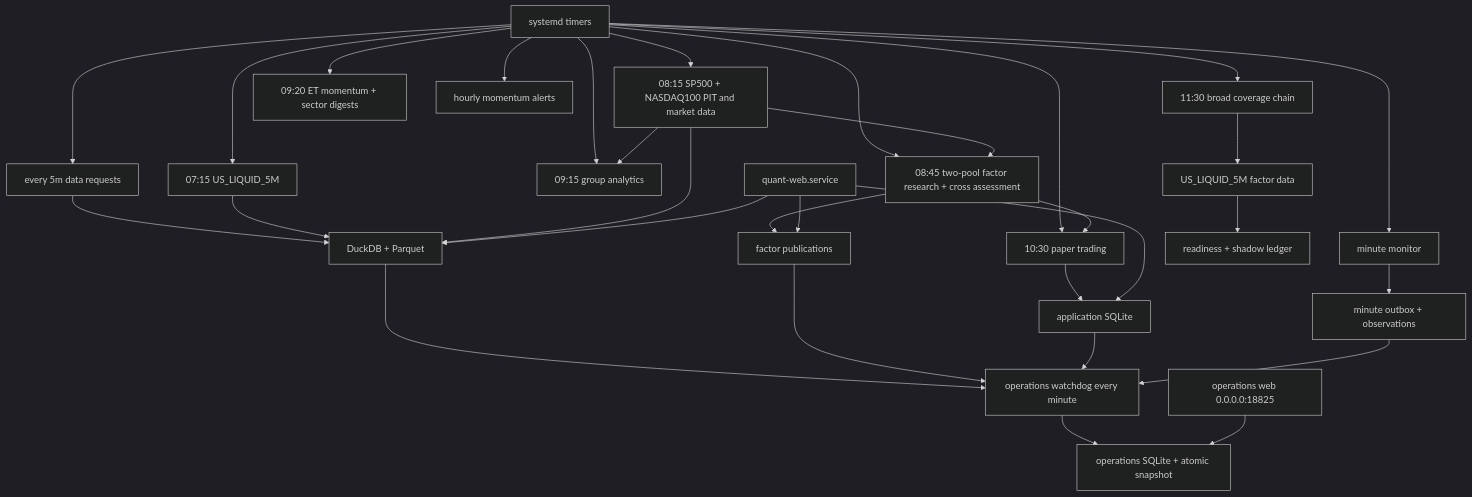
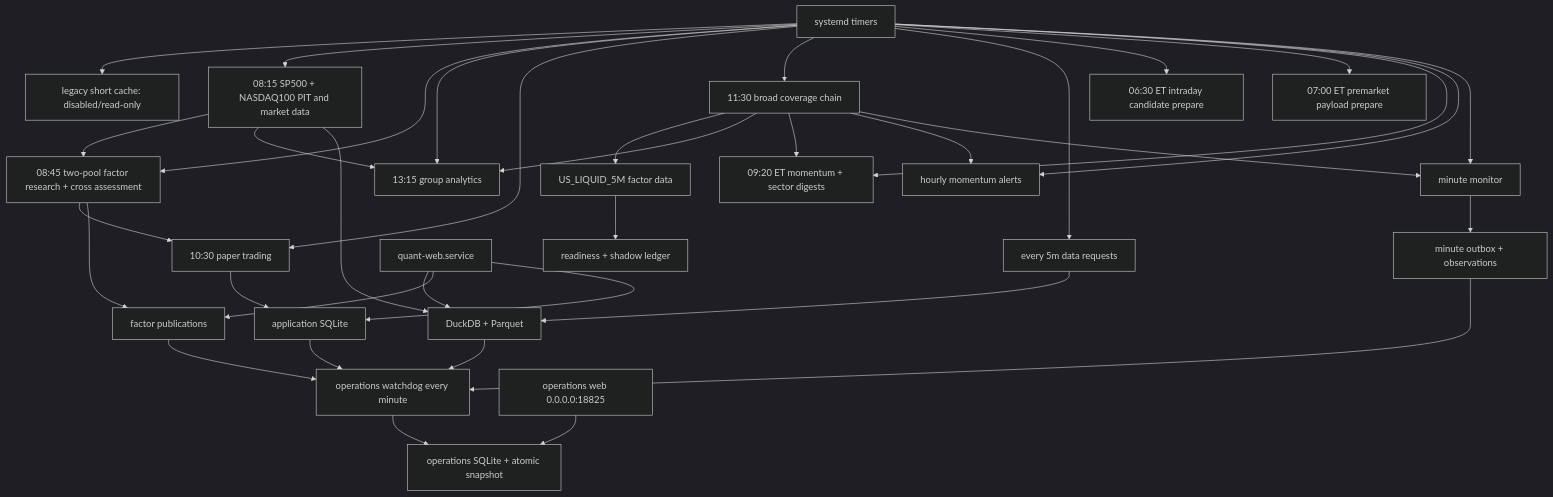
The diagram in docs/sg_operations_overview.md (Clno1/quant-factor-framework), drawn with Mermaid (dark theme) before and after one commit. The commit also changed other lines of this file and 65 other files, not shown here.

````diff
--- a/docs/sg_operations_overview.md
+++ b/docs/sg_operations_overview.md
@@ -20,34 +21,39 @@
 ```mermaid
 flowchart TD
-    TIMER["systemd timers"] --> LIQ["07:15 US_LIQUID_5M"]
+    TIMER["systemd timers"] --> LEGACY["legacy short cache: disabled/read-only"]
     TIMER --> MARKET["08:15 SP500 + NASDAQ100 PIT and market data"]
     TIMER --> FACTOR["08:45 two-pool factor research + cross assessment"]
-    TIMER --> GROUP["09:15 group analytics"]
+    TIMER --> GROUP["13:15 group analytics"]
     TIMER --> PAPER["10:30 paper trading"]
     TIMER --> BROAD["11:30 broad coverage chain"]
     TIMER --> REQUEST["every 5m data requests"]
+    TIMER --> CANDIDATES["06:30 ET intraday candidate prepare"]
+    TIMER --> PREPARE["07:00 ET premarket payload prepare"]
     TIMER --> PREMARKET["09:20 ET momentum + sector digests"]
     TIMER --> HOURLY["hourly momentum alerts"]
     TIMER --> INTRADAY["minute monitor"]
 
     MARKET --> FACTOR
     MARKET --> GROUP
     FACTOR --> PAPER
     REQUEST --> LAKE["DuckDB + Parquet"]
-    LIQ --> LAKE
     MARKET --> LAKE
     FACTOR --> OUTPUT["factor publications"]
     BROAD --> BROAD_FACTOR["US_LIQUID_5M factor data"]
+    BROAD --> GROUP
+    BROAD --> PREMARKET
+    BROAD --> HOURLY
+    BROAD --> INTRADAY
     BROAD_FACTOR --> BROAD_CHECK["readiness + shadow ledger"]
     PAPER --> SQLITE["application SQLite"]
     WEB["quant-web.service"] --> LAKE
     WEB --> OUTPUT
     WEB --> SQLITE
     INTRADAY --> MOMENTUM_SQLITE["minute outbox + observations"]
     WATCHDOG["operations watchdog every minute"] --> OPSDB["operations SQLite + atomic snapshot"]
     LAKE --> WATCHDOG
     OUTPUT --> WATCHDOG
     SQLITE --> WATCHDOG
     MOMENTUM_SQLITE --> WATCHDOG
     OPSWEB["operations web 0.0.0.0:18825"] --> OPSDB
 ```
````
